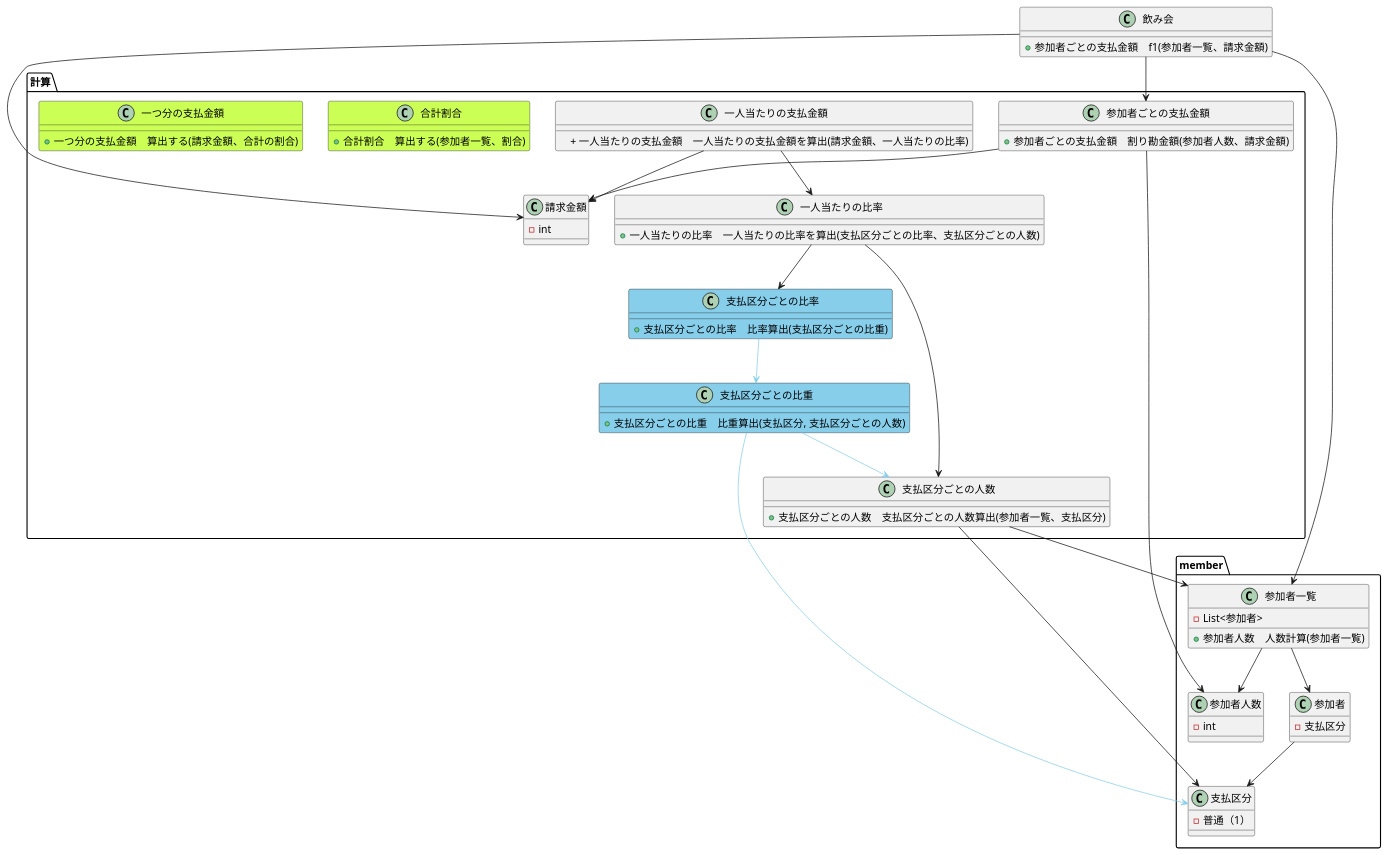
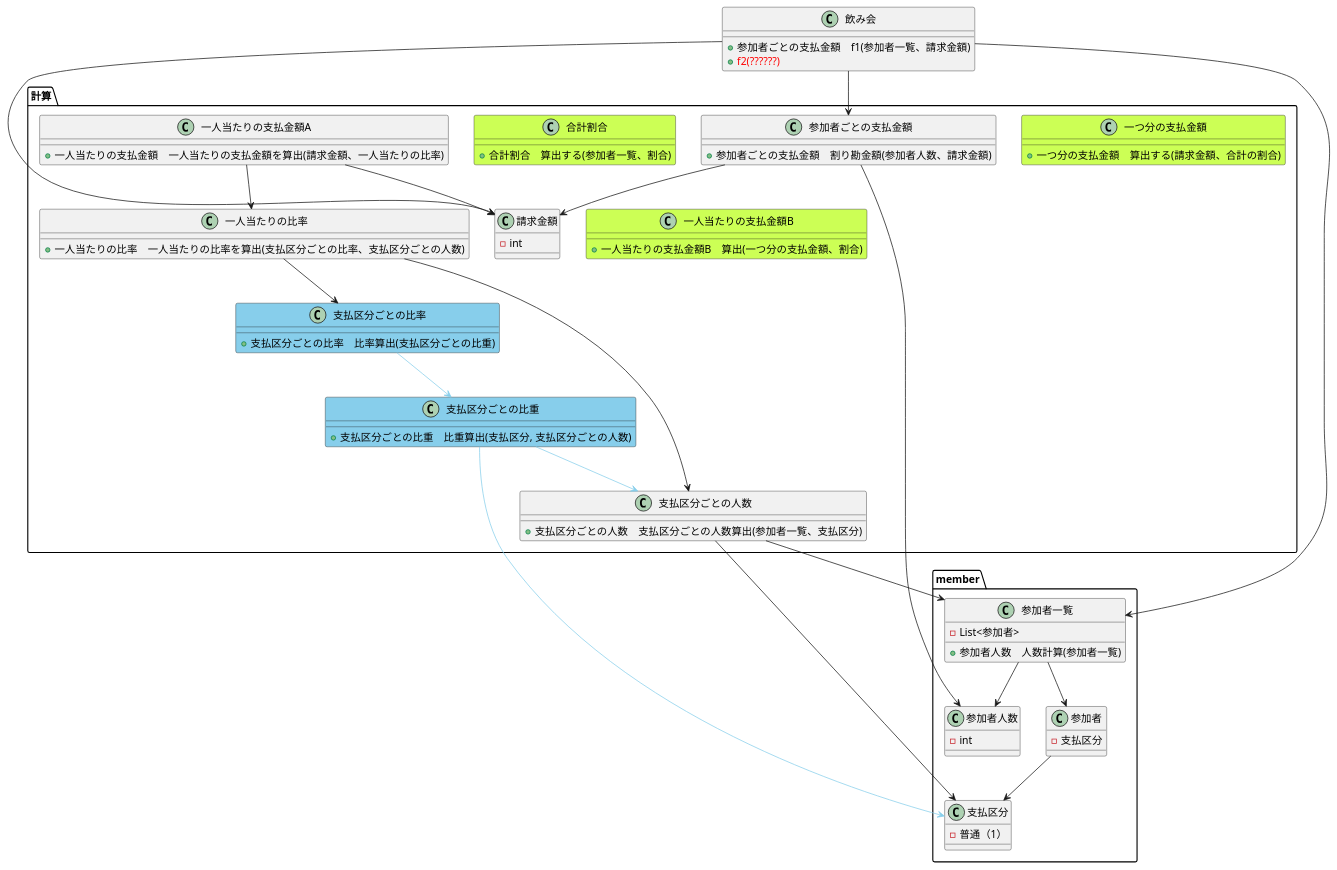
One commit to mmm00mmm/ddd-warikan changed the diagram in doc/モデル２.puml. Above: the diagram before and after it, drawn with PlantUML.

Commit message:
モデル修正

```diff
--- a/doc/モデル２.puml
+++ b/doc/モデル２.puml
@@ -1,135 +1,140 @@
 @startuml
 /'
 コンストラクタとフィールドはちゃんと書く
 多重度もちゃんと書く
 
 ## f1の実装
 参加者ごとの支払金額　f1(参加者一覧、請求金額) {
    return 割り勘金額(人数計算(参加者一覧)、請求金額);
 }
 
 ## １番外のメソッド
 INパラ	参加者一覧、請求金額
 OUTパラ	参加者ごとの支払金額
 メソッド形式	参加者ごとの支払金額　f1(参加者一覧、請求金額)
 
 ## 参加者ごとの支払金額を算出するメソッド
 INパラ	参加者人数、請求金額
 OUTパラ	参加者ごとの支払金額
 メソッド形式	参加者ごとの支払金額　割り勘金額(参加者人数、請求金額)
 
 ## 参加者人数を算出するメソッド
 INパラ	参加者一覧
 OUTパラ	参加者人数
 メソッド形式	参加者人数　人数計算(参加者一覧)
 
 ## 支払区分ごとの人数を算出するメソッド
 INパラ	参加者一覧、支払区分
 OUTパラ	支払区分ごとの人数
 メソッド形式	支払区分ごとの人数　支払区分ごとの人数算出(参加者一覧、支払区分)
 
 /* 20200113 追記 */
 ## 支払区分ごとの比率を算出するメソッド
 INパラ　支払区分ごとの比重
 OUTパラ　支払区分ごとの比率
 メソッド形式　支払区分ごとの比率　比率算出(支払区分ごとの比重)
 
 /* 20200113 追記 */
 ## 支払区分ごとの比重算出するメソッド
 INパラ　支払区分、支払区分ごとの人数
 OUTパラ　支払区分ごとの比重
 メソッド形式  支払区分ごとの比重　支払区分ごとの比重算出(支払区分、支払区分ごとの人数)
 
 ## 一人当たりの比率を算出するメソッド
 INパラ　比率、支払区分ごとの人数
 OUTパラ　一人当たりの比率
 メソッド形式　一人当たりの比率　一人当たりの比率を算出(比率、支払区分ごとの人数)
 
 ## 一人当たりの支払金額を算出するメソッド
 INパラ　請求金額、一人当たりの比率
 OUTパラ　一人当たりの支払金額
 メソッド形式　一人当たりの支払金額　一人当たりの支払金額を算出(請求金額、一人当たりの比率)
 '/
 
 class 飲み会 {
     + 参加者ごとの支払金額　f1(参加者一覧、請求金額)
+    + <color:red>f2(??????)</color>
 }
 
 package member {
     class 参加者一覧 {
         - List<参加者>
         + 参加者人数　人数計算(参加者一覧)
     }
 
     class 参加者 {
         - 支払区分
     }
     class 支払区分 {
         - 普通（1）
     }
     class 参加者人数 {
         - int
     }
 }
 
 package 計算 {
     class 参加者ごとの支払金額 {
         + 参加者ごとの支払金額　割り勘金額(参加者人数、請求金額)
     }
 
     class 支払区分ごとの人数 {
         + 支払区分ごとの人数　支払区分ごとの人数算出(参加者一覧、支払区分)
     }
 
     class 請求金額 {
         - int
     }
 
     class 支払区分ごとの比率 #skyblue {
         + 支払区分ごとの比率　比率算出(支払区分ごとの比重)
     }
 
     class 一人当たりの比率 {
         + 一人当たりの比率　一人当たりの比率を算出(支払区分ごとの比率、支払区分ごとの人数)
     }
 
-    class 一人当たりの支払金額 {
-        　+ 一人当たりの支払金額　一人当たりの支払金額を算出(請求金額、一人当たりの比率)
+    class 一人当たりの支払金額A {
+        + 一人当たりの支払金額　一人当たりの支払金額を算出(請求金額、一人当たりの比率)
     }
 
     class 支払区分ごとの比重 #skyblue {
         + 支払区分ごとの比重　比重算出(支払区分, 支払区分ごとの人数)
     }
 
     class 合計割合 #ccff55 {
         + 合計割合　算出する(参加者一覧、割合)
     }
 
     class 一つ分の支払金額 #ccff55 {
         + 一つ分の支払金額　算出する(請求金額、合計の割合)
     }
+
+    class 一人当たりの支払金額B #ccff55 {
+        + 一人当たりの支払金額B　算出(一つ分の支払金額、割合)
+    }
 }
 
-/'参加者一覧、割合→合計の割合
-  請求金額、合計の割合→一つ分の支払金額
+/'参加者一覧、割合→合計割合
+  請求金額、合計割合→一つ分の支払金額
   一つ分の支払金額、割合→一人当たりの支払金額'/
 
 飲み会 -d-> 参加者ごとの支払金額
 飲み会 -d-> 請求金額
 飲み会 -d-> 参加者一覧
 参加者ごとの支払金額 -d-> 参加者人数
 参加者ごとの支払金額 -d-> 請求金額
 参加者一覧 -d-> 参加者人数
 参加者一覧 -d-> 参加者
 参加者 -d-> 支払区分
 支払区分ごとの人数 -d-> 参加者一覧
 支払区分ごとの人数 -d-> 支払区分
 支払区分ごとの比率 -d-> 支払区分ごとの比重 #skyblue
 一人当たりの比率 -d-> 支払区分ごとの比率
 一人当たりの比率 -d-> 支払区分ごとの人数
-一人当たりの支払金額 -d-> 請求金額
-一人当たりの支払金額 -d-> 一人当たりの比率
+一人当たりの支払金額A -d-> 請求金額
+一人当たりの支払金額A -d-> 一人当たりの比率
 支払区分ごとの比重 -d-> 支払区分 #skyblue
 支払区分ごとの比重 -d-> 支払区分ごとの人数 #skyblue
 
 @enduml
```
